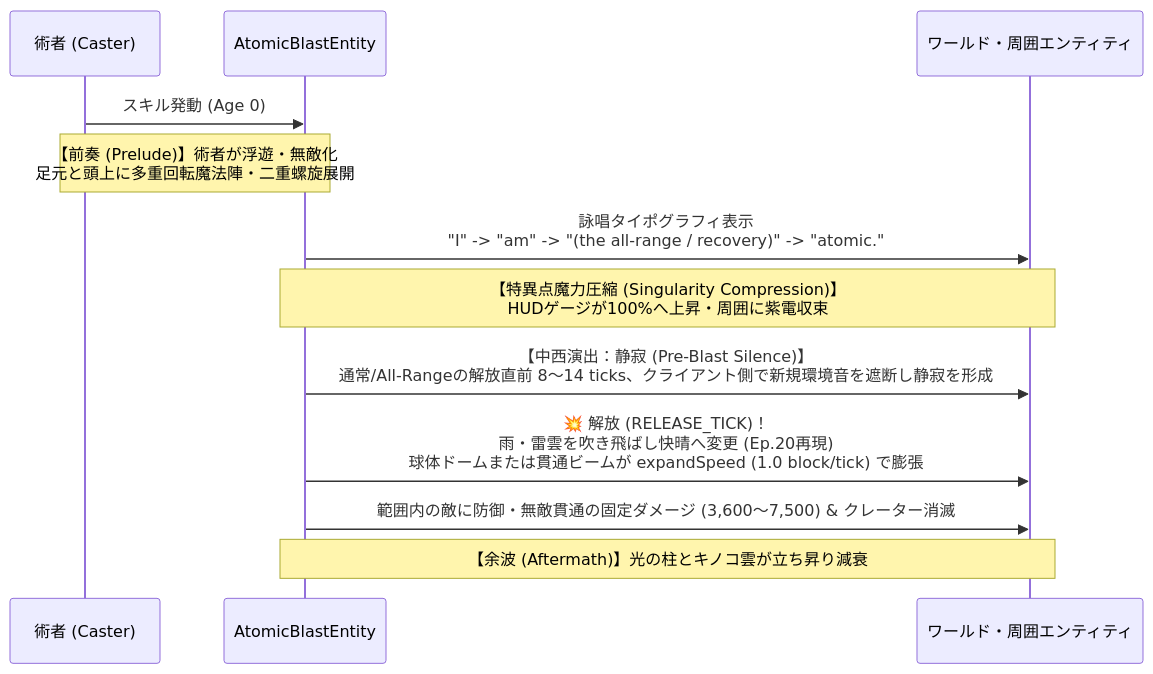
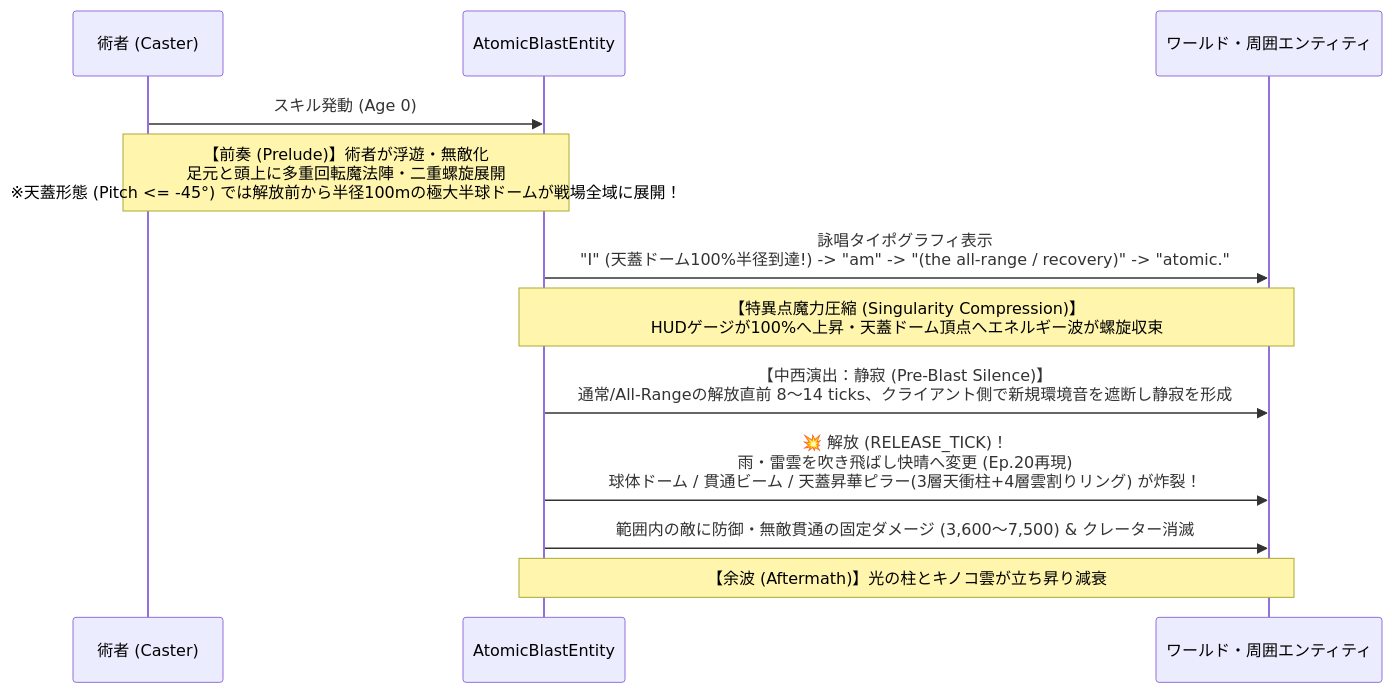
One commit to Khang202531/The-Eminence-in-Shadow-Shadow-Garden-Atomic changed the diagram in wiki/04-I-Am-Atomic.md. Above: the diagram before and after it, drawn with Mermaid. The commit also changed other lines of this file and 23 other files, not shown here.

````diff
--- a/wiki/04-I-Am-Atomic.md
+++ b/wiki/04-I-Am-Atomic.md
@@ -11,15 +13,15 @@
 ```mermaid
 sequenceDiagram
     participant C as 術者 (Caster)
     participant E as AtomicBlastEntity
     participant W as ワールド・周囲エンティティ
 
     C->>E: スキル発動 (Age 0)
-    Note over C,E: 【前奏 (Prelude)】術者が浮遊・無敵化<br/>足元と頭上に多重回転魔法陣・二重螺旋展開
-    E->>W: 詠唱タイポグラフィ表示<br/>"I" -> "am" -> "(the all-range / recovery)" -> "atomic."
-    Note over E,W: 【特異点魔力圧縮 (Singularity Compression)】<br/>HUDゲージが100%へ上昇・周囲に紫電収束
+    Note over C,E: 【前奏 (Prelude)】術者が浮遊・無敵化<br/>足元と頭上に多重回転魔法陣・二重螺旋展開<br/>※天蓋形態 (Pitch <= -45°) では解放前から半径100mの極大半球ドームが戦場全域に展開！
+    E->>W: 詠唱タイポグラフィ表示<br/>"I" (天蓋ドーム100%半径到達!) -> "am" -> "(the all-range / recovery)" -> "atomic."
+    Note over E,W: 【特異点魔力圧縮 (Singularity Compression)】<br/>HUDゲージが100%へ上昇・天蓋ドーム頂点へエネルギー波が螺旋収束
     E->>W: 【中西演出：静寂 (Pre-Blast Silence)】<br/>通常/All-Rangeの解放直前 8〜14 ticks、クライアント側で新規環境音を遮断し静寂を形成
-    E->>W: 💥 解放 (RELEASE_TICK)！<br/>雨・雷雲を吹き飛ばし快晴へ変更 (Ep.20再現)<br/>球体ドームまたは貫通ビームが expandSpeed (1.0 block/tick) で膨張
+    E->>W: 💥 解放 (RELEASE_TICK)！<br/>雨・雷雲を吹き飛ばし快晴へ変更 (Ep.20再現)<br/>球体ドーム / 貫通ビーム / 天蓋昇華ピラー(3層天衝柱+4層雲割りリング) が炸裂！
     E->>W: 範囲内の敵に防御・無敵貫通の固定ダメージ (3,600〜7,500) & クレーター消滅
     Note over E,W: 【余波 (Aftermath)】光の柱とキノコ雲が立ち昇り減衰
 ```
````
